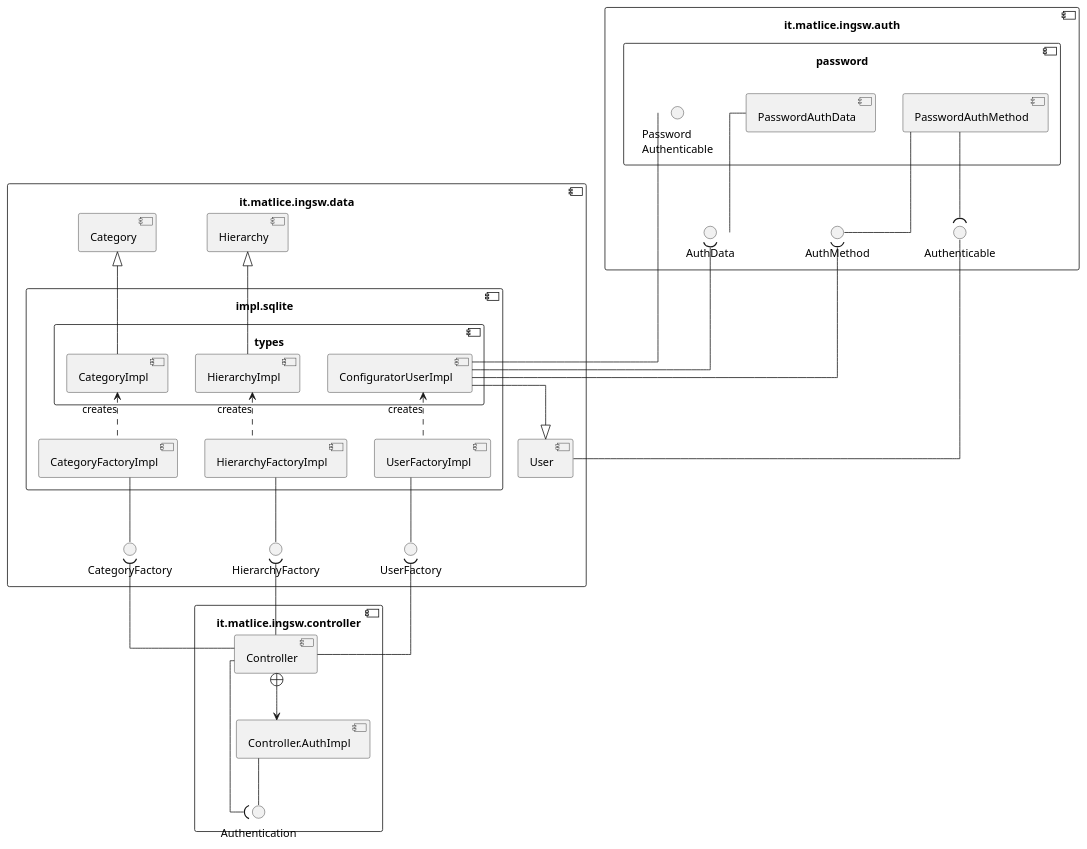
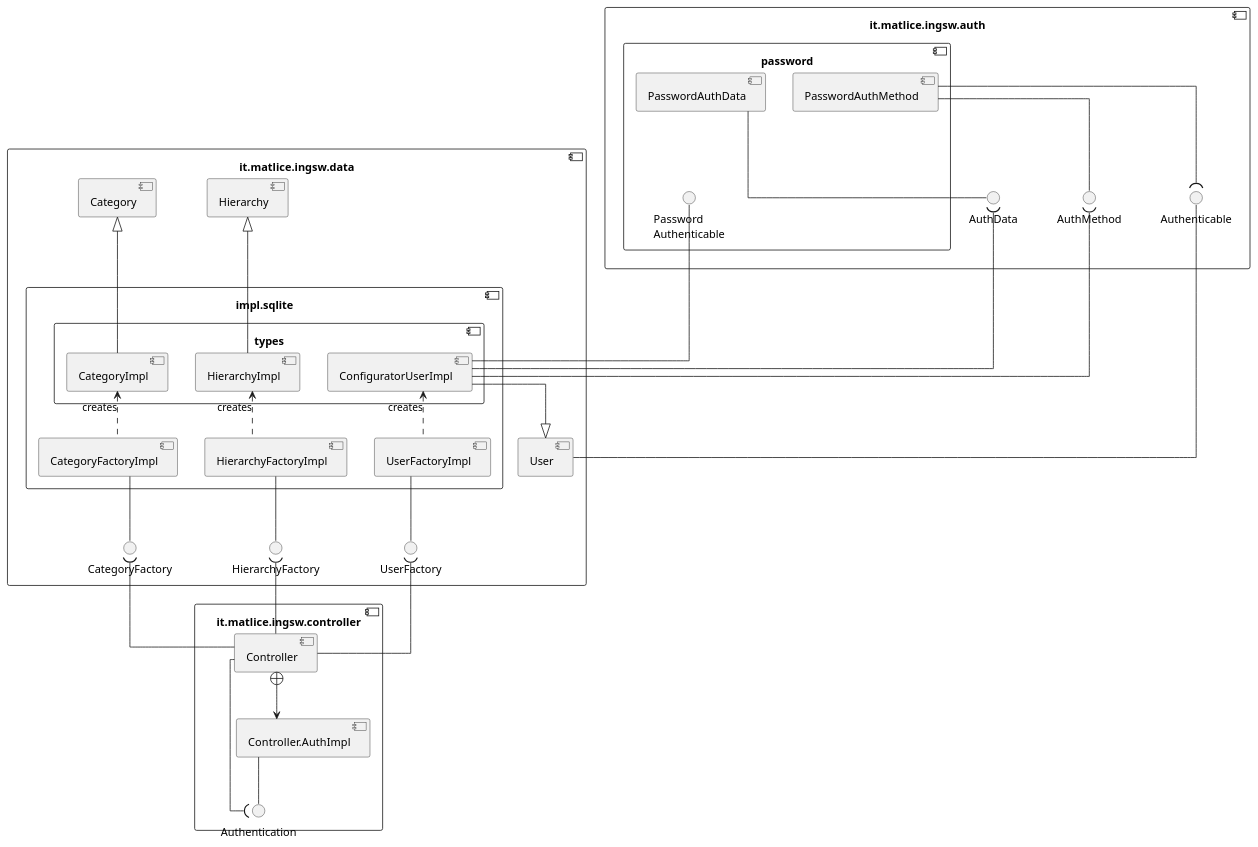
The diagram in DOC/VER1/diagrams/component/diagramma_componenti.puml (Matlice/ing_sw_2022), drawn with PlantUML before and after one commit. The commit also changed 8 other files, not shown here.

```diff
--- a/DOC/VER1/diagrams/component/diagramma_componenti.puml
+++ b/DOC/VER1/diagrams/component/diagramma_componenti.puml
@@ -1,66 +1,67 @@
 @startuml
 skinparam linetype ortho
 
 component it.matlice.ingsw.auth #FFFFFF{
     interface AuthMethod
     interface Authenticable
     interface AuthData
     component password #FFFFFF{
+        interface "Password\nAuthenticable" as PasswordAuthenticable
         [PasswordAuthData] -- AuthData
+        [PasswordAuthData] -[hidden]-( PasswordAuthenticable
         [PasswordAuthMethod] -- AuthMethod
         [PasswordAuthMethod] --( Authenticable
-        interface "Password\nAuthenticable" as PasswordAuthenticable
     } 
 } 
 
 component it.matlice.ingsw.data #FFFFFF{
 
     [User] -- Authenticable
     [Category]
     [Hierarchy]
 
     interface UserFactory
     interface CategoryFactory
     interface HierarchyFactory
 
     component impl.sqlite #FFFFFF{
         [UserFactoryImpl] -- UserFactory
         [CategoryFactoryImpl] -- CategoryFactory
         [HierarchyFactoryImpl] -- HierarchyFactory
 
         component types #FFFFFF{
             [ConfiguratorUserImpl] -up- PasswordAuthenticable
             [ConfiguratorUserImpl] -up-( AuthMethod
             [ConfiguratorUserImpl] -up-( AuthData
 
             [CategoryImpl]
             [HierarchyImpl]
         }
 
     }
 }
 
 component it.matlice.ingsw.controller #FFFFFF{
 
     interface Authentication
 
     [Controller.AuthImpl] -- Authentication
     [Controller] -( Authentication
 
     [Controller] -up-( CategoryFactory
     [Controller] -up-( HierarchyFactory
     [Controller] -up-( UserFactory
 }
 
 [Controller] +--> [Controller.AuthImpl]
 
 [UserFactoryImpl] .up.> [ConfiguratorUserImpl]: creates
 [CategoryFactoryImpl] .up.> [CategoryImpl]: creates
 [HierarchyFactoryImpl] .up.> [HierarchyImpl]: creates
 
 [ConfiguratorUserImpl] --|> User
 [CategoryImpl] -up-|> Category
 [HierarchyImpl] -up-|> Hierarchy
 
 
 @enduml
```
